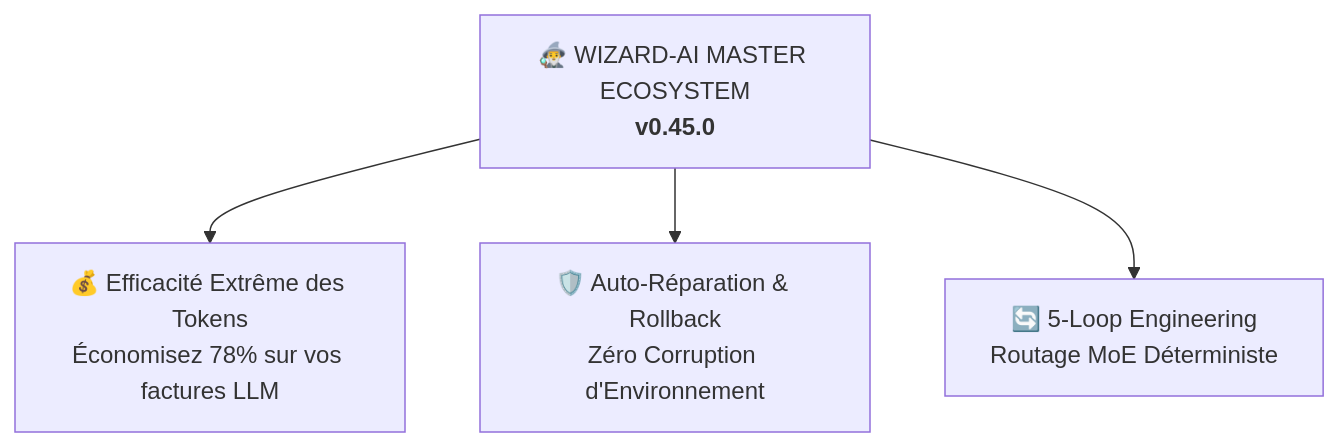
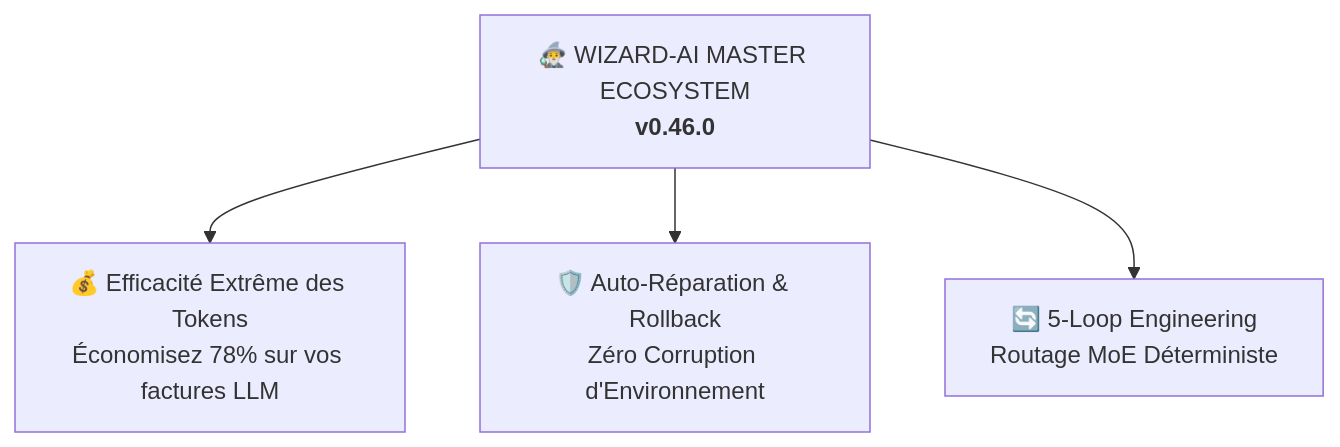
The diagram in README.fr.md (darkrei08/Wizard-AI), drawn with Mermaid before and after one commit. The commit also changed other lines of this file and 6 other files, not shown here.

````diff
--- a/README.fr.md
+++ b/README.fr.md
@@ -42,6 +42,6 @@
 ```mermaid
 graph TD
-    A[🧙‍♂️ WIZARD-AI MASTER ECOSYSTEM<br/><b>v0.45.0</b>] --> B[💰 Efficacité Extrême des Tokens<br/>Économisez 78% sur vos factures LLM]
+    A[🧙‍♂️ WIZARD-AI MASTER ECOSYSTEM<br/><b>v0.46.0</b>] --> B[💰 Efficacité Extrême des Tokens<br/>Économisez 78% sur vos factures LLM]
     A --> C[🛡️ Auto-Réparation & Rollback<br/>Zéro Corruption d'Environnement]
     A --> D[🔄 5-Loop Engineering<br/>Routage MoE Déterministe]
 ```
````
